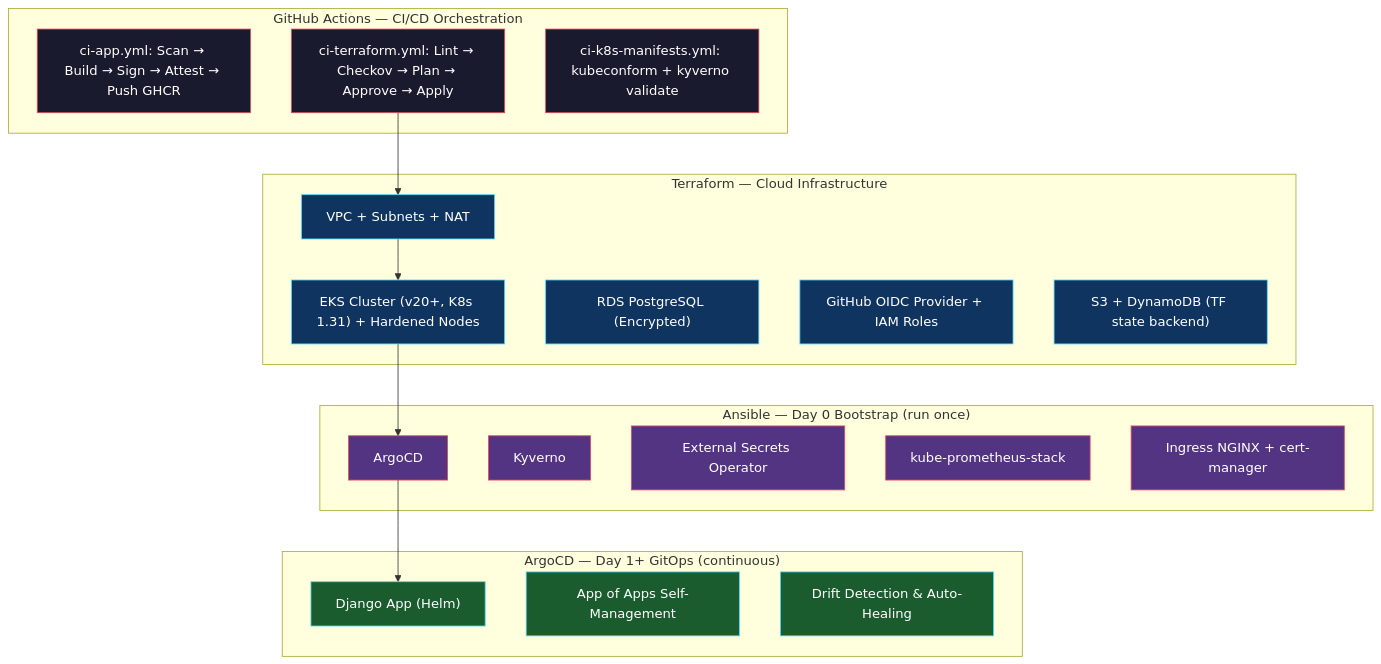
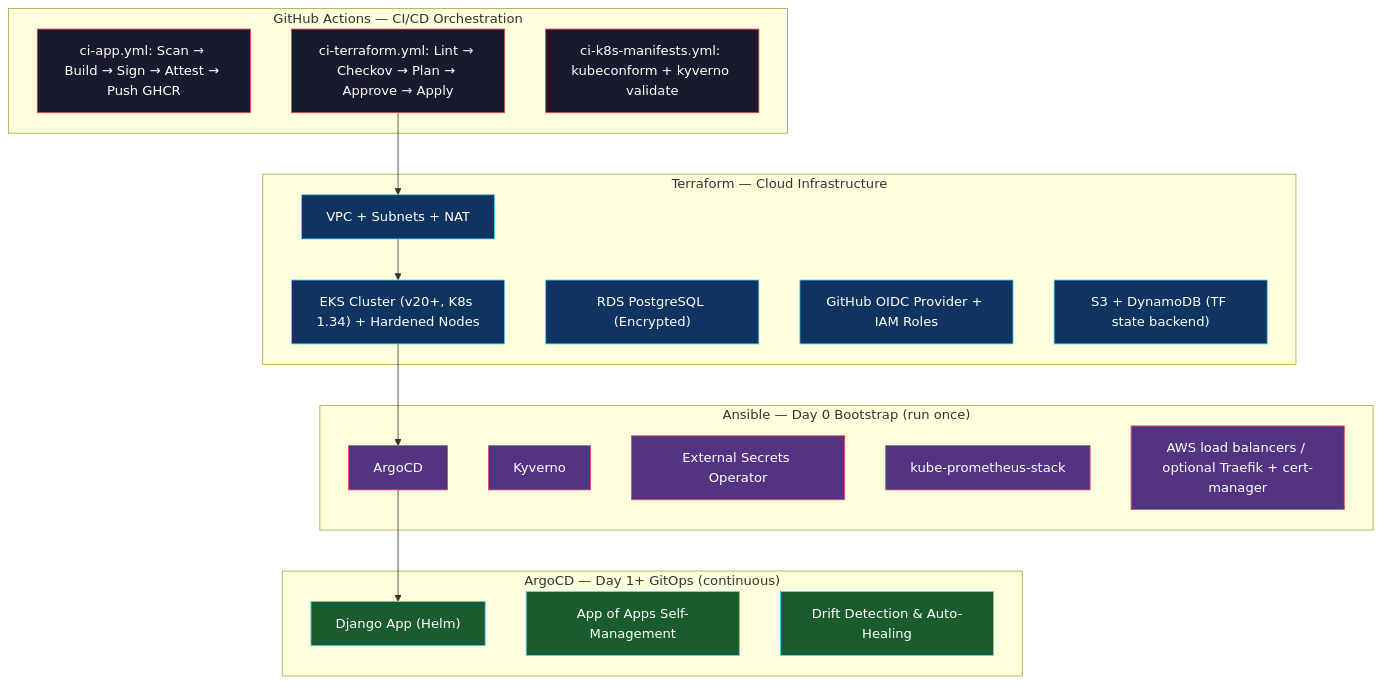
Before and after one commit to h1zardian/devsecops-pipeline-project: the diagram in README.md, drawn with Mermaid. The commit also changed other lines of this file and 58 other files, not shown here.

````diff
--- a/README.md
+++ b/README.md
@@ -13,51 +13,51 @@
 ```mermaid
 graph TD
     subgraph "GitHub Actions — CI/CD Orchestration"
         A1["ci-app.yml: Scan → Build → Sign → Attest → Push GHCR"]
         A2["ci-terraform.yml: Lint → Checkov → Plan → Approve → Apply"]
         A3["ci-k8s-manifests.yml: kubeconform + kyverno validate"]
     end
 
     subgraph "Terraform — Cloud Infrastructure"
         T1["VPC + Subnets + NAT"]
-        T2["EKS Cluster (v20+, K8s 1.31) + Hardened Nodes"]
+        T2["EKS Cluster (v20+, K8s 1.34) + Hardened Nodes"]
         T3["RDS PostgreSQL (Encrypted)"]
         T4["GitHub OIDC Provider + IAM Roles"]
         T5["S3 + DynamoDB (TF state backend)"]
     end
 
     subgraph "Ansible — Day 0 Bootstrap (run once)"
         B1["ArgoCD"]
         B2["Kyverno"]
         B3["External Secrets Operator"]
         B4["kube-prometheus-stack"]
-        B5["Ingress NGINX + cert-manager"]
+        B5["AWS load balancers / optional Traefik + cert-manager"]
     end
 
     subgraph "ArgoCD — Day 1+ GitOps (continuous)"
         G1["Django App (Helm)"]
         G2["App of Apps Self-Management"]
         G3["Drift Detection & Auto-Healing"]
     end
 
     A2 --> T1 --> T2
     T2 --> B1
     B1 --> G1
 
     style A1 fill:#1a1a2e,stroke:#e94560,color:#fff
     style A2 fill:#1a1a2e,stroke:#e94560,color:#fff
     style A3 fill:#1a1a2e,stroke:#e94560,color:#fff
     style T1 fill:#0f3460,stroke:#53d8fb,color:#fff
     style T2 fill:#0f3460,stroke:#53d8fb,color:#fff
     style T3 fill:#0f3460,stroke:#53d8fb,color:#fff
     style T4 fill:#0f3460,stroke:#53d8fb,color:#fff
     style T5 fill:#0f3460,stroke:#53d8fb,color:#fff
     style B1 fill:#533483,stroke:#e94560,color:#fff
     style B2 fill:#533483,stroke:#e94560,color:#fff
     style B3 fill:#533483,stroke:#e94560,color:#fff
     style B4 fill:#533483,stroke:#e94560,color:#fff
     style B5 fill:#533483,stroke:#e94560,color:#fff
     style G1 fill:#1a5c2e,stroke:#53d8fb,color:#fff
     style G2 fill:#1a5c2e,stroke:#53d8fb,color:#fff
     style G3 fill:#1a5c2e,stroke:#53d8fb,color:#fff
 ```
````
